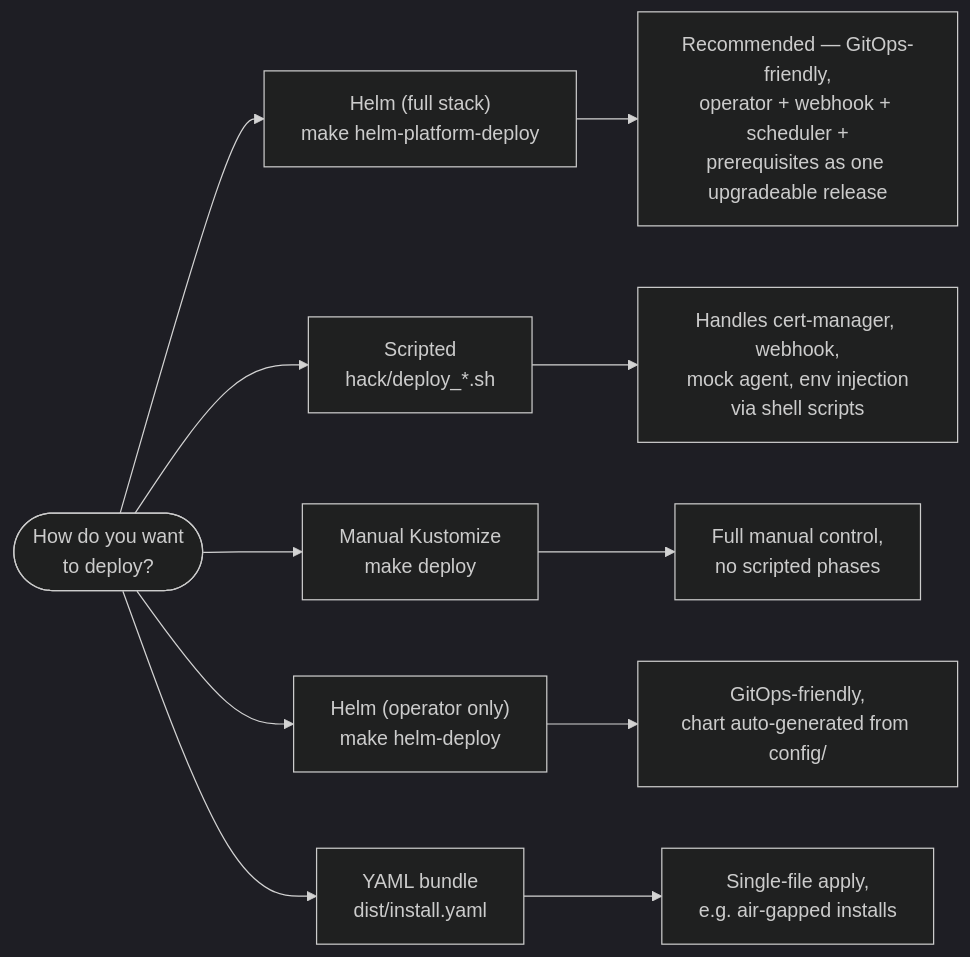
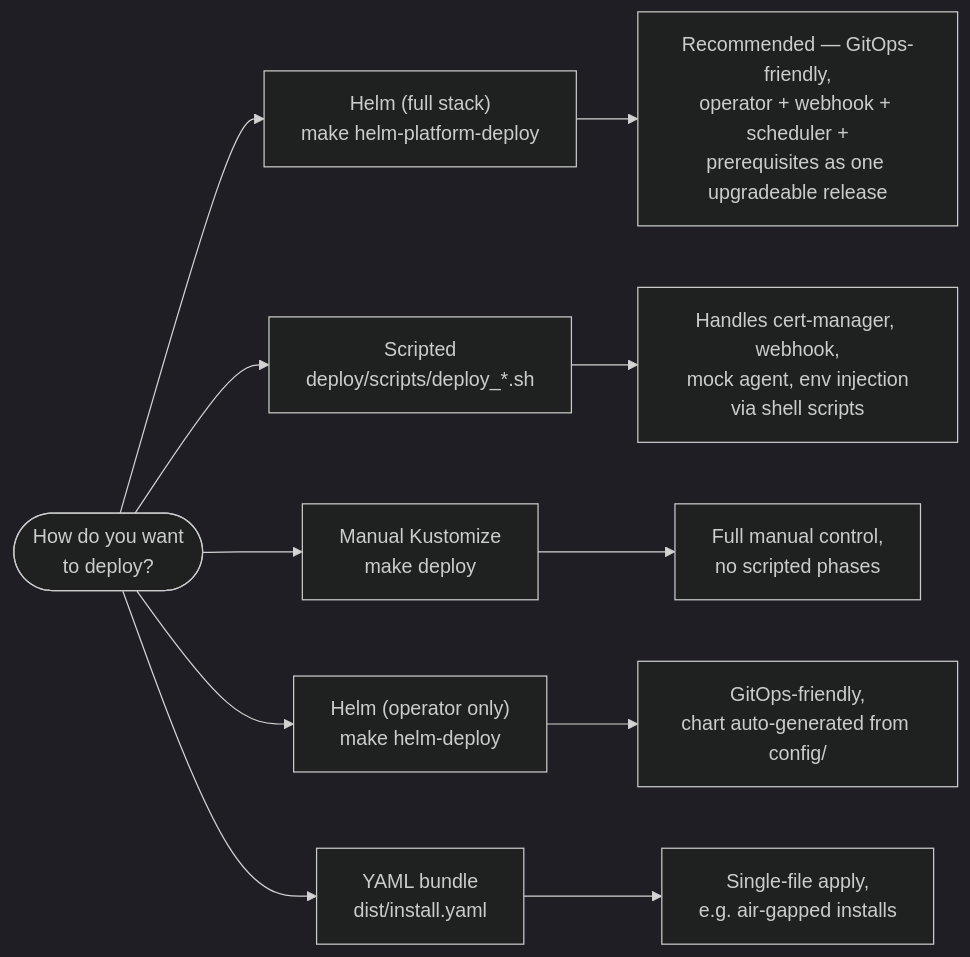
Before and after one commit to HIRO-MicroDataCenters-BV/hiro-adaptive-orchestrator: the first of 7 diagrams in docs/deployment.md, drawn with Mermaid (dark theme). The commit also changed other lines of this file and 63 other files, not shown here.

Commit message:
Move deployment scripts, mock agent and umbrella chart into deploy/; keep hack/ for dev tooling

````diff
--- a/docs/deployment.md
+++ b/docs/deployment.md
@@ -7,13 +7,13 @@
 ```mermaid
 flowchart LR
     D(["How do you want<br/>to deploy?"]) --> F["Helm (full stack)<br/>make helm-platform-deploy"]
-    D --> A["Scripted<br/>hack/deploy_*.sh"]
+    D --> A["Scripted<br/>deploy/scripts/deploy_*.sh"]
     D --> B["Manual Kustomize<br/>make deploy"]
     D --> C["Helm (operator only)<br/>make helm-deploy"]
     D --> E["YAML bundle<br/>dist/install.yaml"]
     F --> F1["Recommended — GitOps-friendly,<br/>operator + webhook + scheduler +<br/>prerequisites as one upgradeable release"]
     A --> A1["Handles cert-manager, webhook,<br/>mock agent, env injection<br/>via shell scripts"]
     B --> B1["Full manual control,<br/>no scripted phases"]
     C --> C1["GitOps-friendly,<br/>chart auto-generated from config/"]
     E --> E1["Single-file apply,<br/>e.g. air-gapped installs"]
 ```
````
